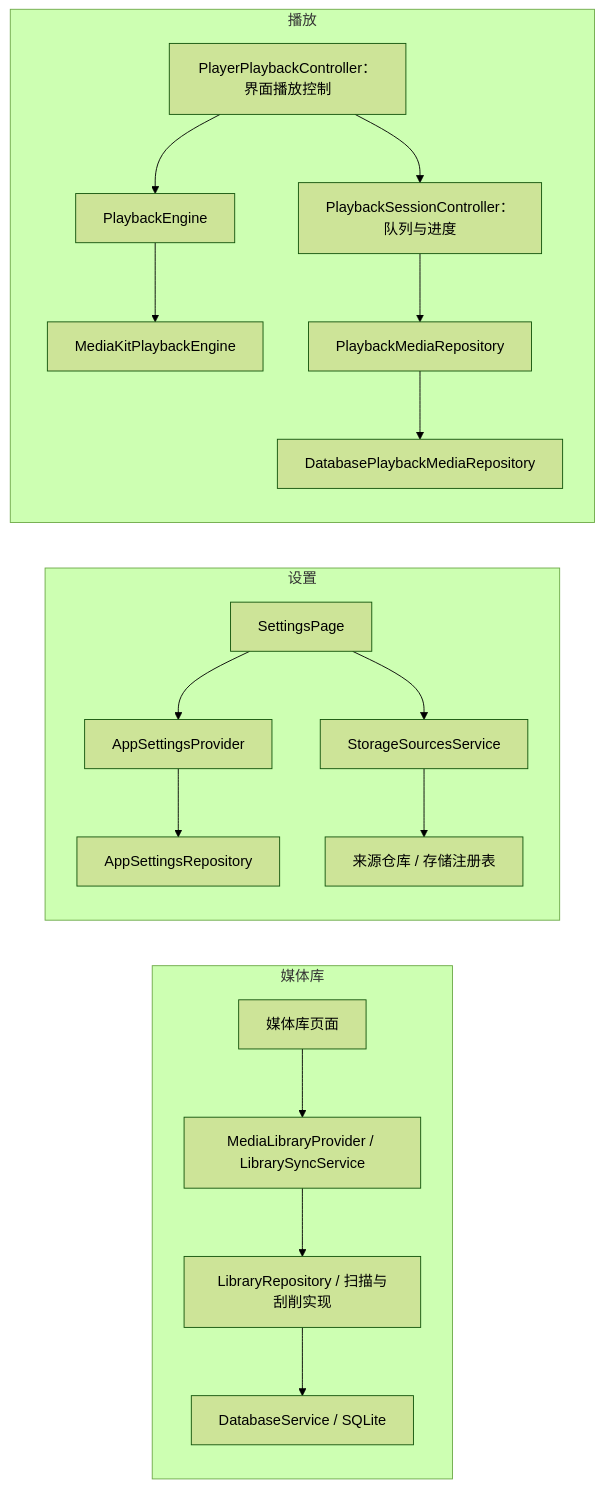
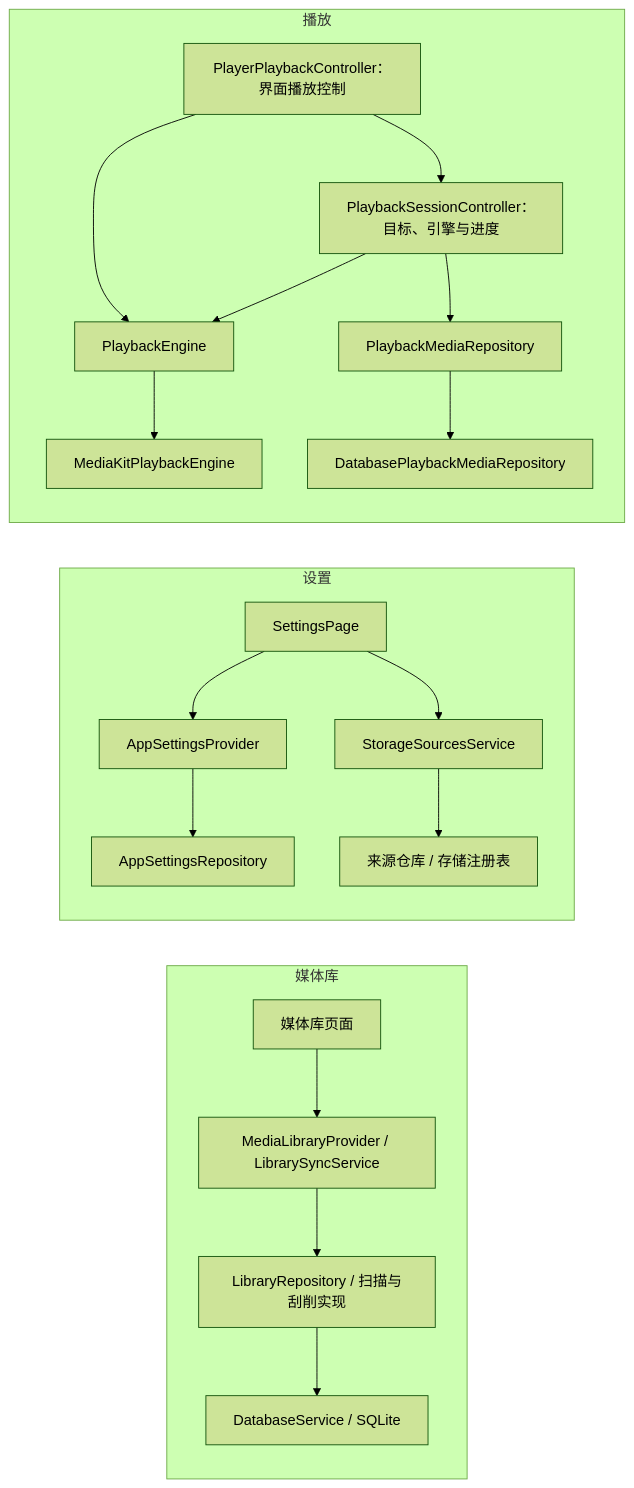
The second of 3 diagrams in docs/architecture/overview.md (sen-to/mochi_player), drawn with Mermaid (forest theme) before and after one commit. The commit also changed other lines of this file and 19 other files, not shown here.

````diff
--- a/docs/architecture/overview.md
+++ b/docs/architecture/overview.md
@@ -51,21 +51,22 @@
 ```mermaid
 flowchart LR
   subgraph LibraryPath["媒体库"]
     LibraryPage["媒体库页面"] --> LibraryApp["MediaLibraryProvider / LibrarySyncService"]
     LibraryApp --> Repository["LibraryRepository / 扫描与刮削实现"]
     Repository --> Database["DatabaseService / SQLite"]
   end
   subgraph SettingsPath["设置"]
     SettingsPage["SettingsPage"] --> SettingsApp["AppSettingsProvider"]
     SettingsApp --> Preferences["AppSettingsRepository"]
     SettingsPage --> SourcesApp["StorageSourcesService"]
     SourcesApp --> Storage["来源仓库 / 存储注册表"]
   end
   subgraph PlaybackPath["播放"]
-    Player["PlayerPlaybackController：界面播放控制"] --> Session["PlaybackSessionController：队列与进度"]
-    Player --> EngineContract["PlaybackEngine"]
+    Player["PlayerPlaybackController：界面播放控制"] --> Session["PlaybackSessionController：目标、引擎与进度"]
+    Session --> EngineContract["PlaybackEngine"]
+    Player --> EngineContract
     EngineContract --> Backend["MediaKitPlaybackEngine"]
     Session --> StoreContract["PlaybackMediaRepository"]
     StoreContract --> Store["DatabasePlaybackMediaRepository"]
   end
 ```
````
